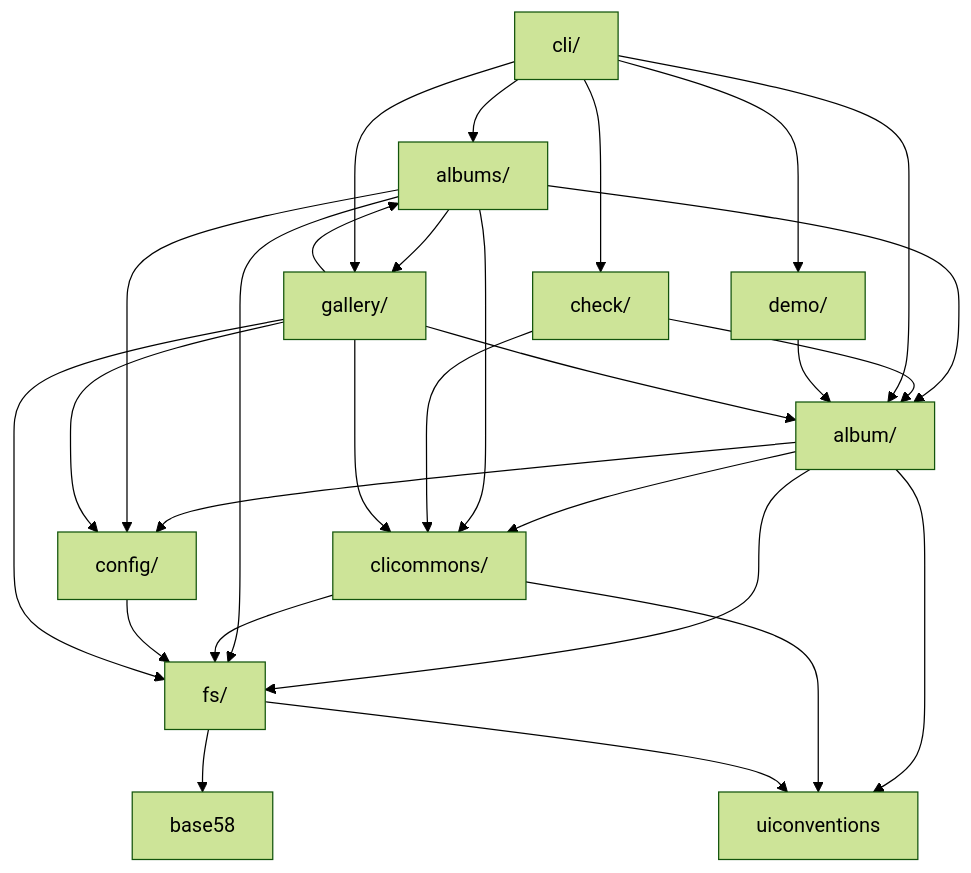
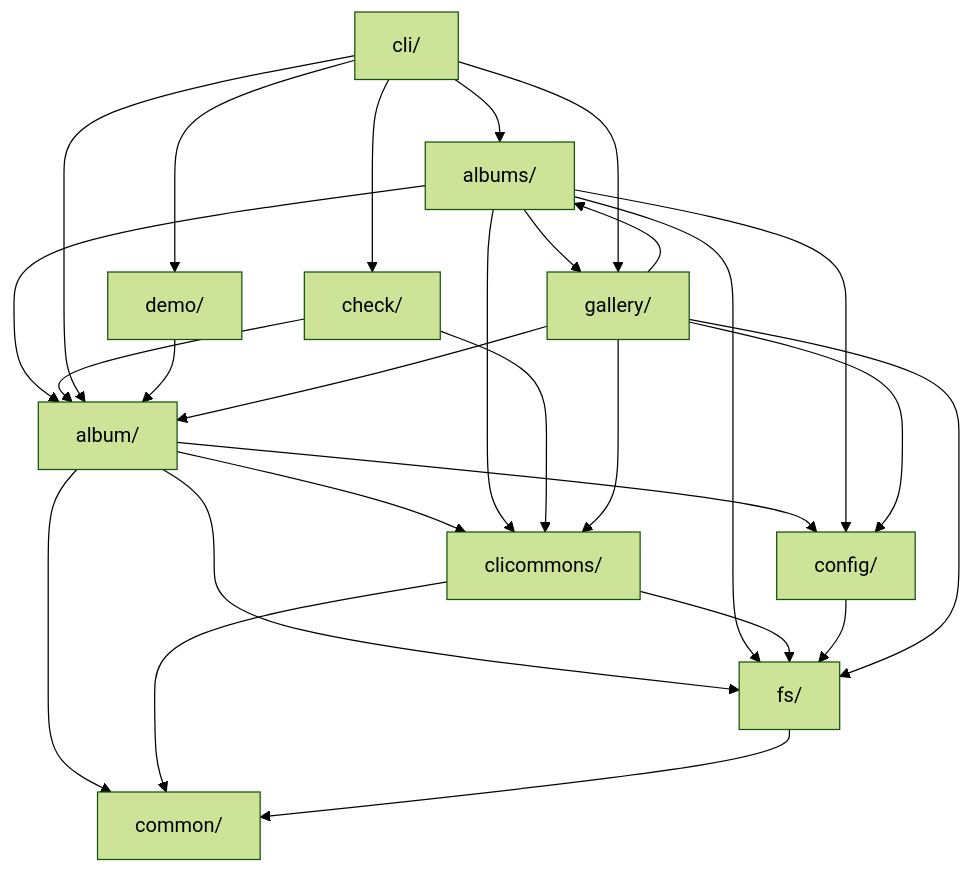
Before and after one commit to iglootools/photree: the diagram in docs/architecture.md, drawn with Mermaid (forest theme). The commit also changed 15 other files, not shown here.

First line of the commit message:
refactor: move base58 and uiconventions into common/ package

````diff
--- a/docs/architecture.md
+++ b/docs/architecture.md
@@ -17,42 +17,40 @@
 ```mermaid
 graph TD
     album["album/"]
     albums["albums/"]
-    base58["base58"]
     check["check/"]
     cli["cli/"]
     clicommons["clicommons/"]
+    common["common/"]
     config["config/"]
     demo["demo/"]
     fs["fs/"]
     gallery["gallery/"]
-    uiconventions["uiconventions"]
 
     album --> clicommons
+    album --> common
     album --> config
     album --> fs
-    album --> uiconventions
     albums --> album
     albums --> clicommons
     albums --> config
     albums --> fs
     albums --> gallery
     check --> album
     check --> clicommons
     cli --> album
     cli --> albums
     cli --> check
     cli --> demo
     cli --> gallery
+    clicommons --> common
     clicommons --> fs
-    clicommons --> uiconventions
     config --> fs
     demo --> album
-    fs --> base58
-    fs --> uiconventions
+    fs --> common
     gallery --> album
     gallery --> albums
     gallery --> clicommons
     gallery --> config
     gallery --> fs
 ```
````
